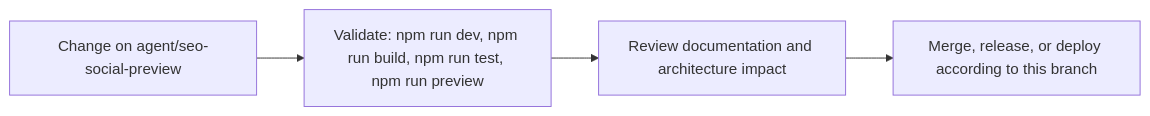
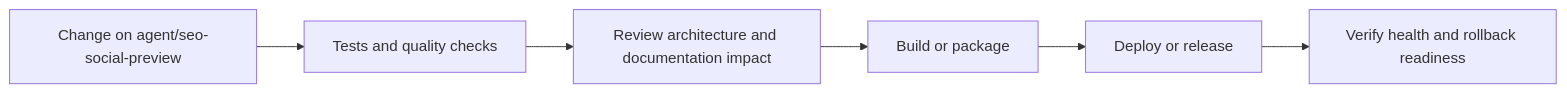
Before and after one commit to Nischhalsubba/Napiyo: the fourth of 5 diagrams in README.md, drawn with Mermaid. The commit also changed other lines of this file, not shown here.

````diff
--- a/README.md
+++ b/README.md
@@ -72,8 +153,8 @@
 ```mermaid
 flowchart LR
-    CHANGE["Change on agent/seo-social-preview"]
-    CHECK["Validate: npm run dev, npm run build, npm run test, npm run preview"]
-    REVIEW["Review documentation and architecture impact"]
-    RELEASE["Merge, release, or deploy according to this branch"]
-    CHANGE --> CHECK --> REVIEW --> RELEASE
+    CHANGE["Change on agent/seo-social-preview"] --> CHECK["Tests and quality checks"]
+    CHECK --> REVIEW["Review architecture and documentation impact"]
+    REVIEW --> BUILD["Build or package"]
+    BUILD --> DEPLOY["Deploy or release"]
+    DEPLOY --> VERIFY["Verify health and rollback readiness"]
 ```
````
